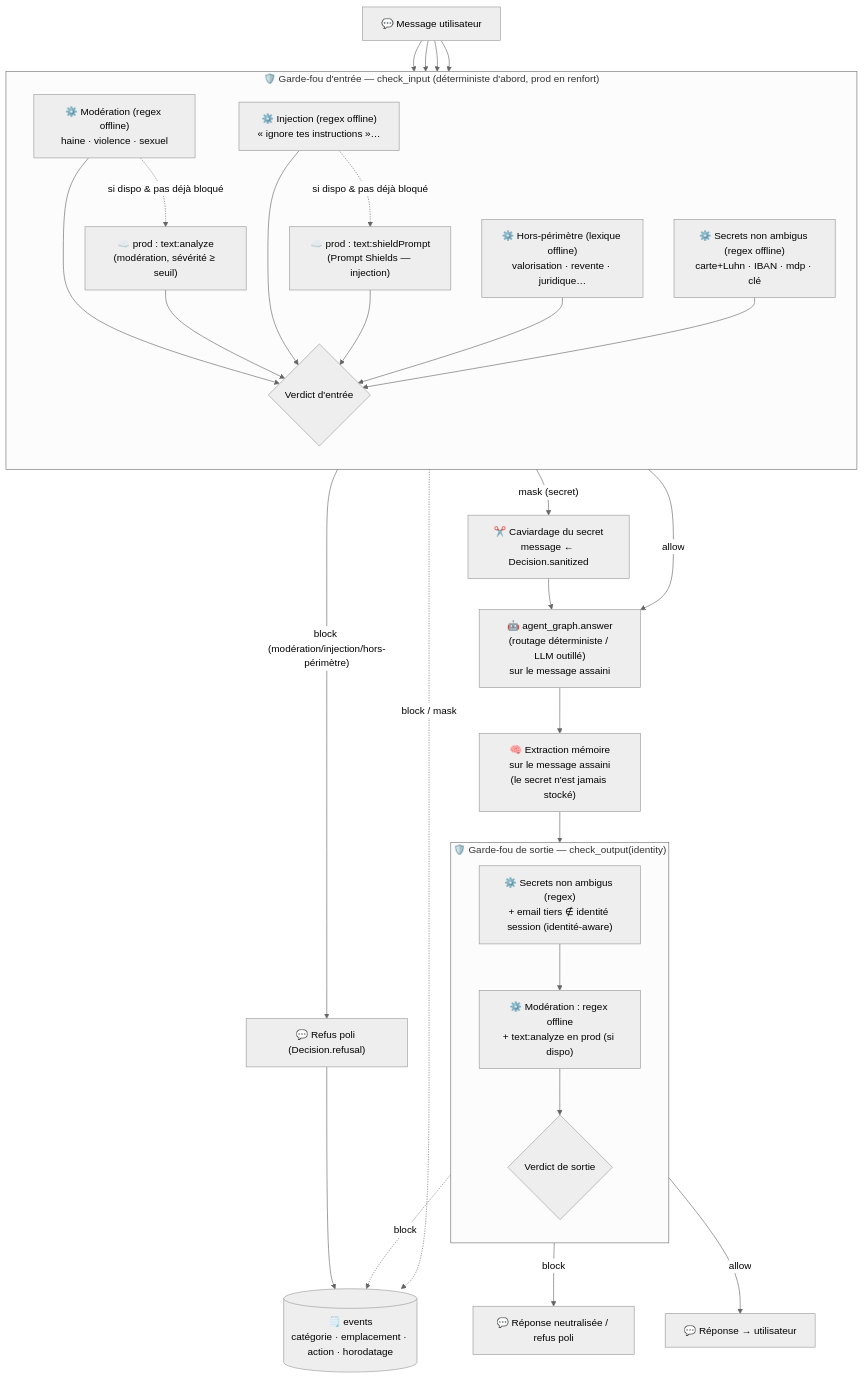
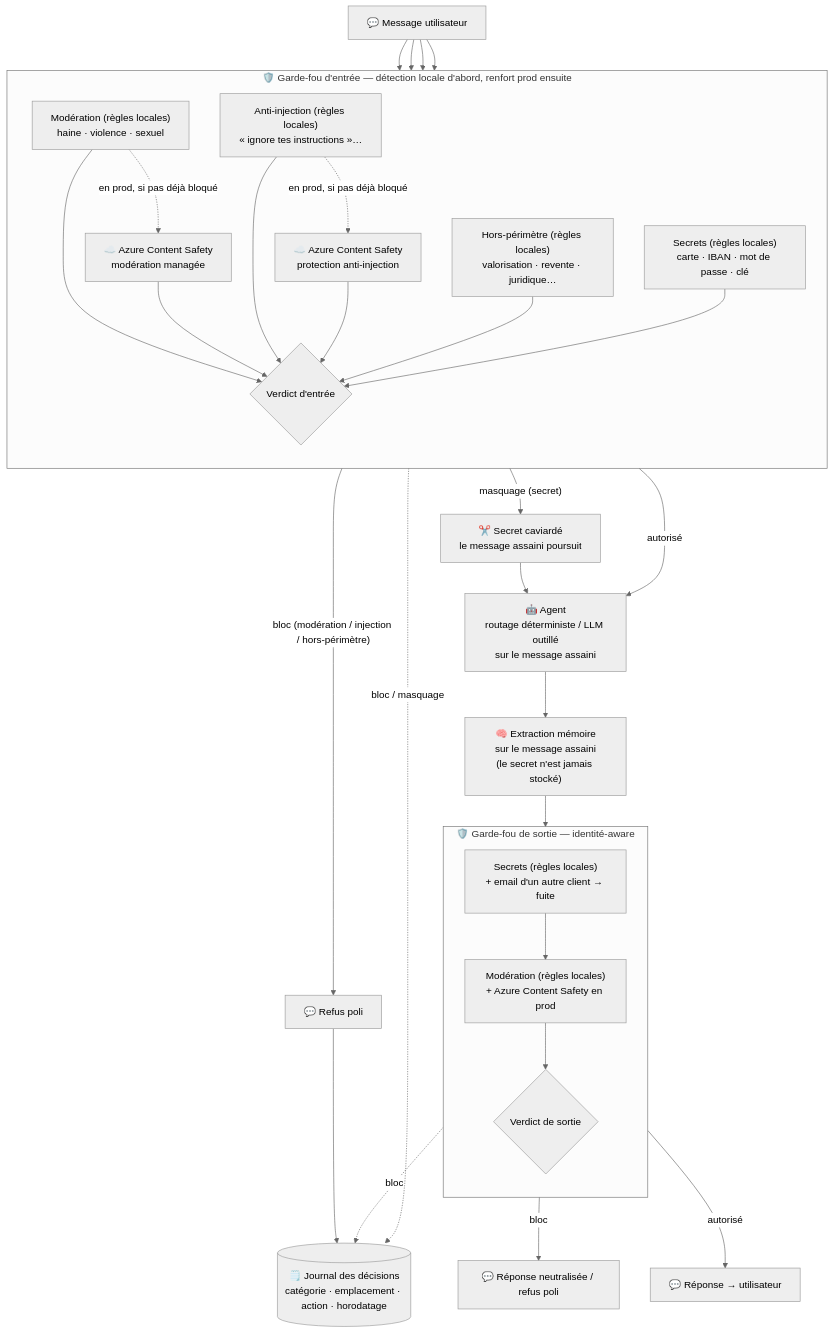
One commit to tonylucas/velmo-v2 changed the diagram in docs/superpowers/specs/2026-07-10-guardrails-design.md. Above: the diagram before and after it, drawn with Mermaid (neutral theme). The commit also changed other lines of this file, not shown here.

Commit message:
docs: plain-language guardrail flowchart (no API/field jargon)
Drop text:analyze / text:shieldPrompt / Decision.sanitized from the
diagram — those are implementation details kept in the technical sections
and tables. The flowchart now reads at the architecture level: local
rules first, managed Azure Content Safety moderation and anti-injection
as prod reinforcement, masking vs block, decision journal.

Claude-Session: https://claude.ai/code/session_01Ct4fq1NfG2SrLd4nK67orE

````diff
--- a/docs/superpowers/specs/2026-07-10-guardrails-design.md
+++ b/docs/superpowers/specs/2026-07-10-guardrails-design.md
@@ -139,53 +139,53 @@
 ```mermaid
 flowchart TD
     MSG["💬 Message utilisateur"]
 
-    subgraph GIN["🛡️ Garde-fou d'entrée — check_input (déterministe d'abord, prod en renfort)"]
+    subgraph GIN["🛡️ Garde-fou d'entrée — détection locale d'abord, renfort prod ensuite"]
         direction TB
-        MOD_IN["⚙️ Modération (regex offline)<br>haine · violence · sexuel"]
-        INJ_IN["⚙️ Injection (regex offline)<br>« ignore tes instructions »…"]
-        OOS_IN["⚙️ Hors-périmètre (lexique offline)<br>valorisation · revente · juridique…"]
-        SEC_IN["⚙️ Secrets non ambigus (regex offline)<br>carte+Luhn · IBAN · mdp · clé"]
-        CS_MOD["☁️ prod : text:analyze<br>(modération, sévérité ≥ seuil)"]
-        CS_SHIELD["☁️ prod : text:shieldPrompt<br>(Prompt Shields — injection)"]
+        MOD_IN["Modération (règles locales)<br>haine · violence · sexuel"]
+        INJ_IN["Anti-injection (règles locales)<br>« ignore tes instructions »…"]
+        OOS_IN["Hors-périmètre (règles locales)<br>valorisation · revente · juridique…"]
+        SEC_IN["Secrets (règles locales)<br>carte · IBAN · mot de passe · clé"]
+        CS_MOD["☁️ Azure Content Safety<br>modération managée"]
+        CS_SHIELD["☁️ Azure Content Safety<br>protection anti-injection"]
         VERD_IN{"Verdict d'entrée"}
-        MOD_IN -. "si dispo & pas déjà bloqué" .-> CS_MOD
-        INJ_IN -. "si dispo & pas déjà bloqué" .-> CS_SHIELD
+        MOD_IN -. "en prod, si pas déjà bloqué" .-> CS_MOD
+        INJ_IN -. "en prod, si pas déjà bloqué" .-> CS_SHIELD
         MOD_IN --> VERD_IN
         CS_MOD --> VERD_IN
         INJ_IN --> VERD_IN
         CS_SHIELD --> VERD_IN
         OOS_IN --> VERD_IN
         SEC_IN --> VERD_IN
     end
 
-    REFUS_IN["💬 Refus poli (Decision.refusal)"]
-    MASK["✂️ Caviardage du secret<br>message ← Decision.sanitized"]
+    REFUS_IN["💬 Refus poli"]
+    MASK["✂️ Secret caviardé<br>le message assaini poursuit"]
 
-    GRAPH["🤖 agent_graph.answer<br>(routage déterministe / LLM outillé)<br>sur le message assaini"]
+    GRAPH["🤖 Agent<br>routage déterministe / LLM outillé<br>sur le message assaini"]
     EXTRACT["🧠 Extraction mémoire<br>sur le message assaini<br>(le secret n'est jamais stocké)"]
 
-    subgraph GOUT["🛡️ Garde-fou de sortie — check_output(identity)"]
+    subgraph GOUT["🛡️ Garde-fou de sortie — identité-aware"]
         direction TB
-        SEC_OUT["⚙️ Secrets non ambigus (regex)<br>+ email tiers ∉ identité session (identité-aware)"]
-        MOD_OUT["⚙️ Modération : regex offline<br>+ text:analyze en prod (si dispo)"]
+        SEC_OUT["Secrets (règles locales)<br>+ email d'un autre client → fuite"]
+        MOD_OUT["Modération (règles locales)<br>+ Azure Content Safety en prod"]
         VERD_OUT{"Verdict de sortie"}
         SEC_OUT --> MOD_OUT --> VERD_OUT
     end
 
     REFUS_OUT["💬 Réponse neutralisée / refus poli"]
     RESP["💬 Réponse → utilisateur"]
-    LOG[("🗒️ events<br>catégorie · emplacement · action · horodatage")]
+    LOG[("🗒️ Journal des décisions<br>catégorie · emplacement · action · horodatage")]
 
     MSG --> MOD_IN & INJ_IN & OOS_IN & SEC_IN
-    VERD_IN -- "block (modération/injection/hors-périmètre)" --> REFUS_IN
-    VERD_IN -- "mask (secret)" --> MASK --> GRAPH
-    VERD_IN -- "allow" --> GRAPH
+    VERD_IN -- "bloc (modération / injection / hors-périmètre)" --> REFUS_IN
+    VERD_IN -- "masquage (secret)" --> MASK --> GRAPH
+    VERD_IN -- "autorisé" --> GRAPH
     GRAPH --> EXTRACT --> SEC_OUT
-    VERD_OUT -- "block" --> REFUS_OUT
-    VERD_OUT -- "allow" --> RESP
+    VERD_OUT -- "bloc" --> REFUS_OUT
+    VERD_OUT -- "autorisé" --> RESP
 
-    VERD_IN -. "block / mask" .-> LOG
-    VERD_OUT -. "block" .-> LOG
+    VERD_IN -. "bloc / masquage" .-> LOG
+    VERD_OUT -. "bloc" .-> LOG
     REFUS_IN --> LOG
 ```
````
